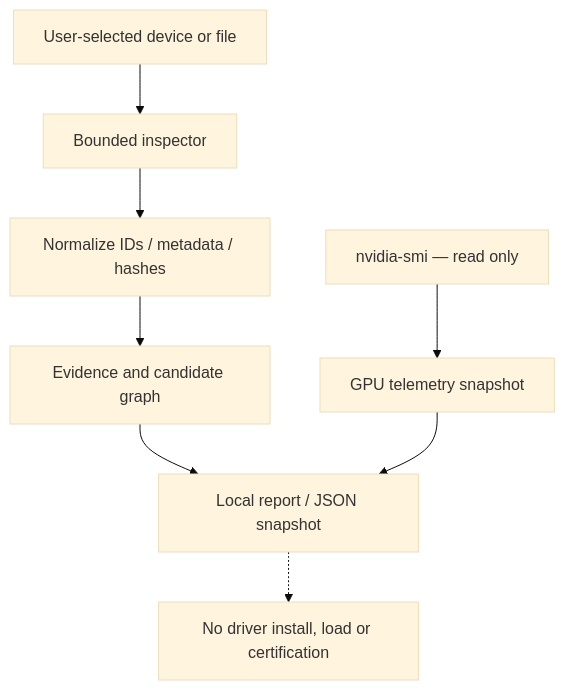
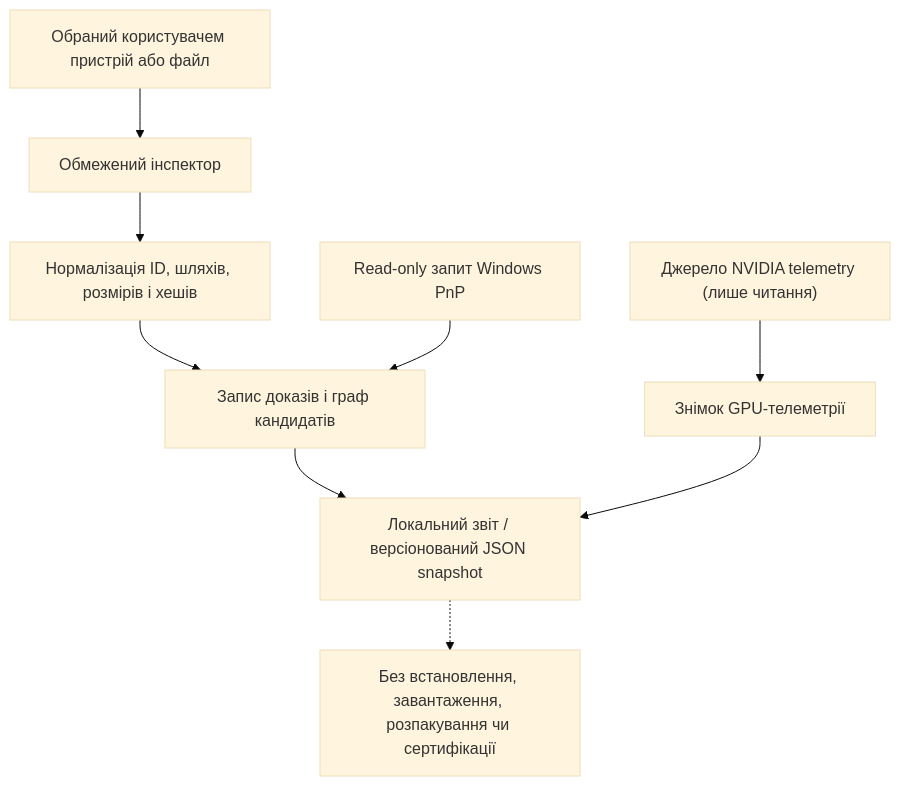
One commit to Ivan-VHS/OPlague changed the diagram in README.uk.md. Above: the diagram before and after it, drawn with Mermaid (base theme). The commit also changed other lines of this file, not shown here.

```diff
--- a/README.uk.md
+++ b/README.uk.md
@@ -33,10 +40,11 @@
 ~~~mermaid
 flowchart TB
-  U["User-selected device or file"] --> I["Bounded inspector"]
-  I --> N["Normalize IDs / metadata / hashes"]
-  N --> E["Evidence and candidate graph"]
-  E --> R["Local report / JSON snapshot"]
-  G["nvidia-smi — read only"] --> T["GPU telemetry snapshot"]
+  U["Обраний користувачем пристрій або файл"] --> I["Обмежений інспектор"]
+  I --> N["Нормалізація ID, шляхів, розмірів і хешів"]
+  N --> E["Запис доказів і граф кандидатів"]
+  E --> R["Локальний звіт / версіонований JSON snapshot"]
+  P["Read-only запит Windows PnP"] --> E
+  G["Джерело NVIDIA telemetry (лише читання)"] --> T["Знімок GPU-телеметрії"]
   T --> R
-  R -.-> X["No driver install, load or certification"]
+  R -.-> X["Без встановлення, завантаження, розпакування чи сертифікації"]
 ~~~
```
